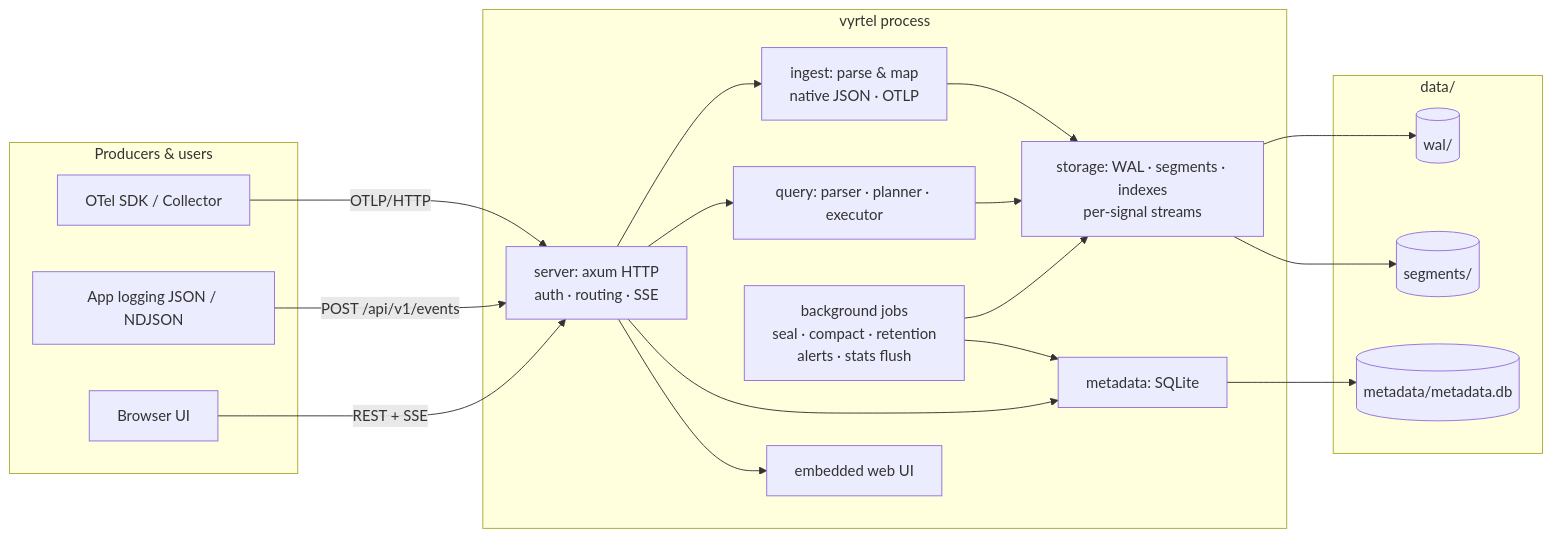
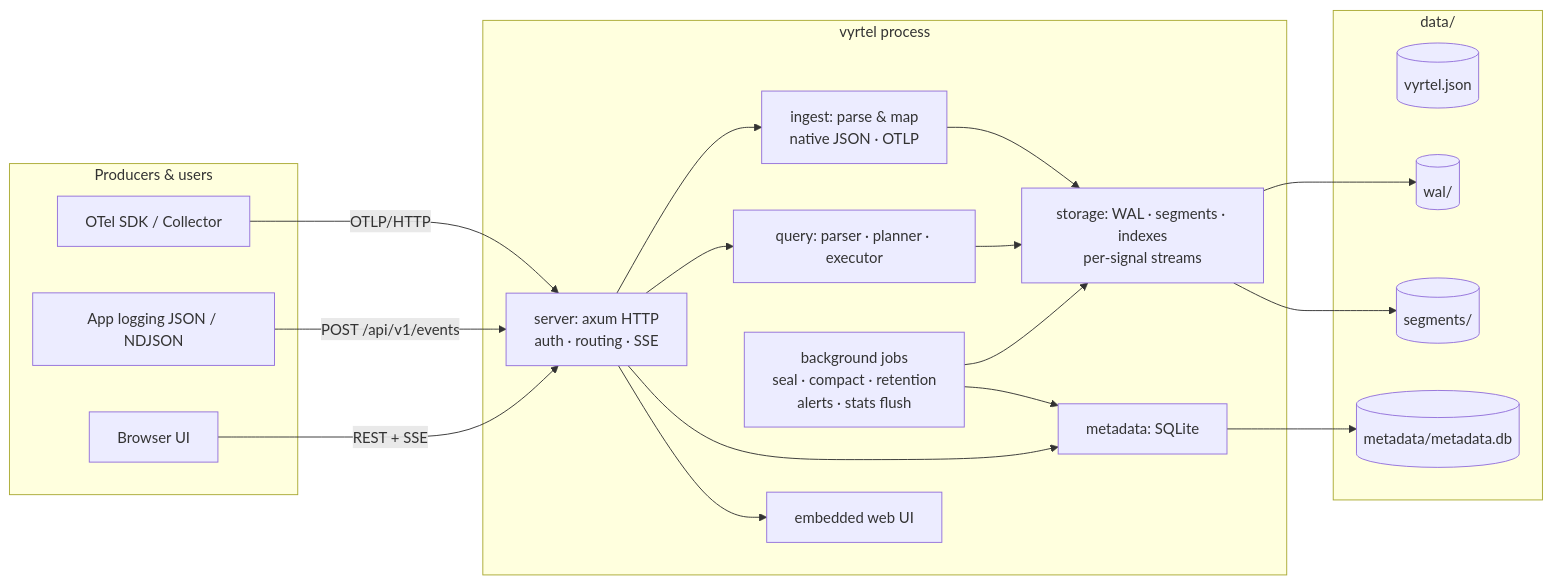
One commit to rowan-smith/Vyrtel changed the first of 4 diagrams in docs/architecture.md. Above: the diagram before and after it, drawn with Mermaid. The commit also changed other lines of this file and 31 other files, not shown here.

````diff
--- a/docs/architecture.md
+++ b/docs/architecture.md
@@ -6,36 +6,37 @@
 ```mermaid
 flowchart LR
     subgraph clients[Producers & users]
         SDK[OTel SDK / Collector]
         App[App logging JSON / NDJSON]
         UI[Browser UI]
     end
 
     subgraph vyrtel[vyrtel process]
         HTTP[server: axum HTTP\nauth · routing · SSE]
         ING[ingest: parse & map\nnative JSON · OTLP]
         Q[query: parser · planner · executor]
         ST[storage: WAL · segments · indexes\nper-signal streams]
         MD[metadata: SQLite]
         BG[background jobs\nseal · compact · retention\nalerts · stats flush]
         WEB[embedded web UI]
     end
 
     subgraph disk[data/]
+        MAN[(vyrtel.json)]
         WAL[(wal/)]
         SEG[(segments/)]
         DB[(metadata/metadata.db)]
     end
 
     SDK -- OTLP/HTTP --> HTTP
     App -- POST /api/v1/events --> HTTP
     UI -- REST + SSE --> HTTP
     HTTP --> ING --> ST
     HTTP --> Q --> ST
     HTTP --> MD
     HTTP --> WEB
     BG --> ST
     BG --> MD
     ST --> WAL & SEG
     MD --> DB
 ```
````
